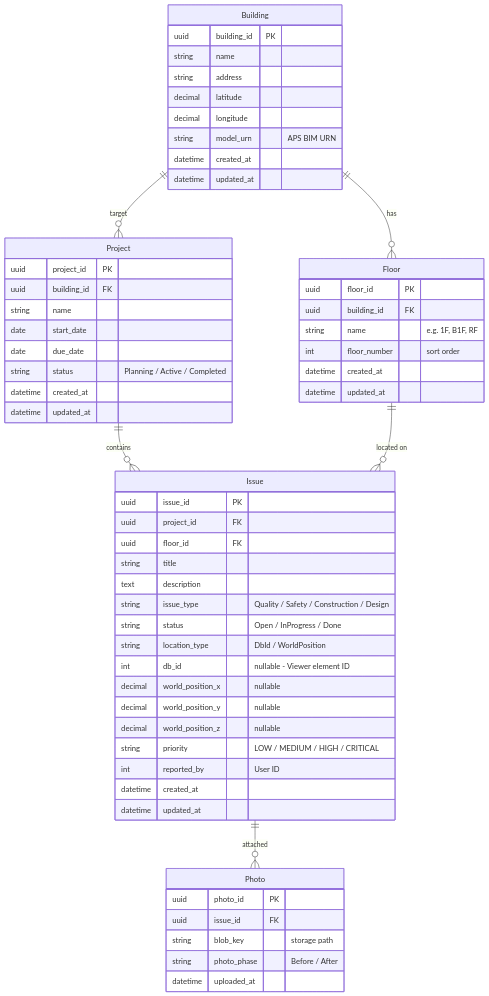
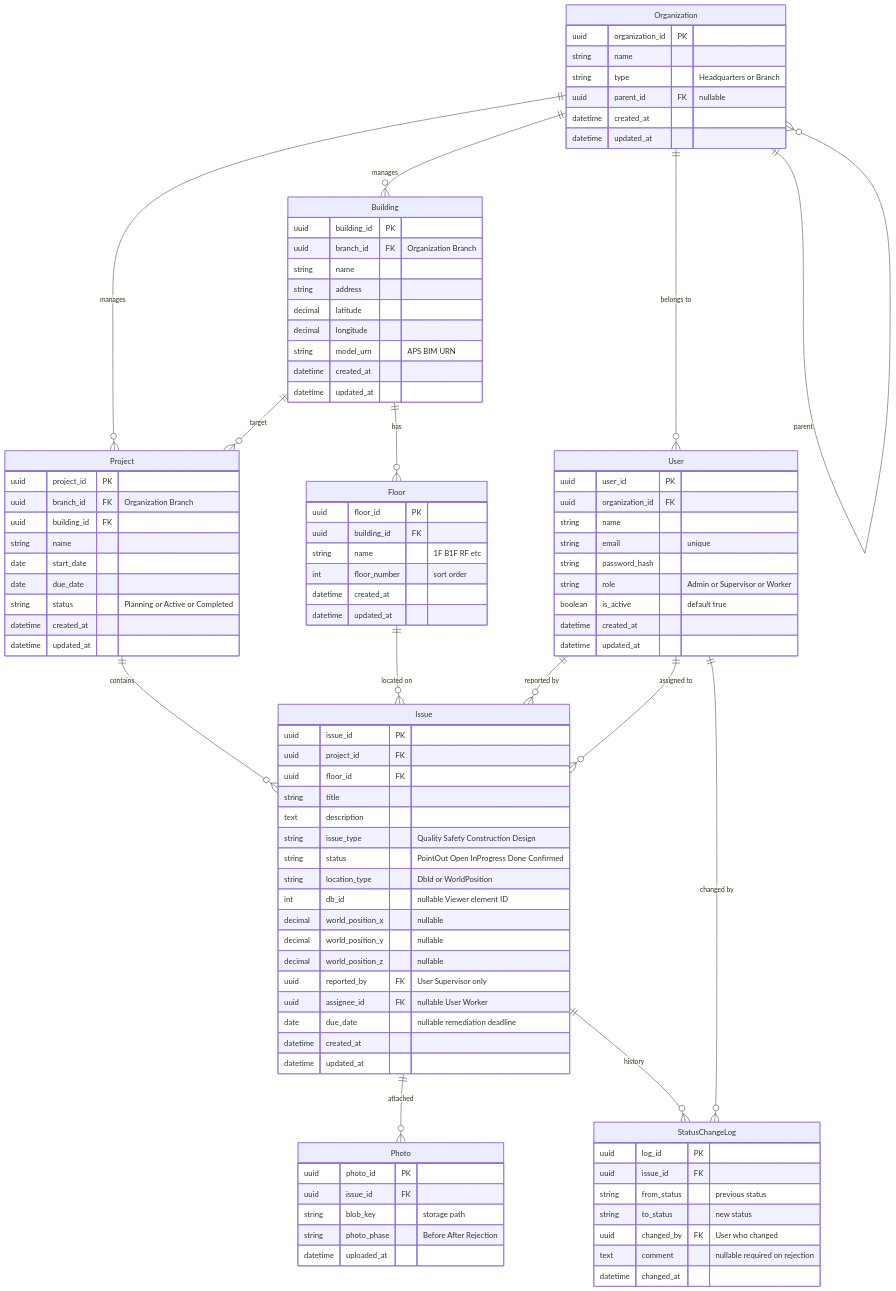
One commit to Hiroshi-Kazui/Arent_Assingment changed the diagram in doc/er-diagram.mmd. Above: the diagram before and after it, drawn with Mermaid. The commit also changed 4 other files, not shown here.

First line of the commit message:
docs: update ER diagram, design plan, and add phase-planner agent skill

```diff
--- a/doc/er-diagram.mmd
+++ b/doc/er-diagram.mmd
@@ -1,64 +1,106 @@
 erDiagram
+    Organization ||--o{ Organization : "parent"
+    Organization ||--o{ User : "belongs to"
+    Organization ||--o{ Building : "manages"
+    Organization ||--o{ Project : "manages"
     Building ||--o{ Floor : "has"
     Building ||--o{ Project : "target"
     Project ||--o{ Issue : "contains"
     Floor ||--o{ Issue : "located on"
     Issue ||--o{ Photo : "attached"
+    Issue ||--o{ StatusChangeLog : "history"
+    User ||--o{ Issue : "reported by"
+    User ||--o{ Issue : "assigned to"
+    User ||--o{ StatusChangeLog : "changed by"
+
+    Organization {
+        uuid organization_id PK
+        string name
+        string type "Headquarters or Branch"
+        uuid parent_id FK "nullable"
+        datetime created_at
+        datetime updated_at
+    }
+
+    User {
+        uuid user_id PK
+        uuid organization_id FK
+        string name
+        string email "unique"
+        string password_hash
+        string role "Admin or Supervisor or Worker"
+        boolean is_active "default true"
+        datetime created_at
+        datetime updated_at
+    }
 
     Building {
         uuid building_id PK
+        uuid branch_id FK "Organization Branch"
         string name
         string address
         decimal latitude
         decimal longitude
         string model_urn "APS BIM URN"
         datetime created_at
         datetime updated_at
     }
 
     Floor {
         uuid floor_id PK
         uuid building_id FK
-        string name "e.g. 1F, B1F, RF"
+        string name "1F B1F RF etc"
         int floor_number "sort order"
         datetime created_at
         datetime updated_at
     }
 
     Project {
         uuid project_id PK
+        uuid branch_id FK "Organization Branch"
         uuid building_id FK
         string name
         date start_date
         date due_date
-        string status "Planning / Active / Completed"
+        string status "Planning or Active or Completed"
         datetime created_at
         datetime updated_at
     }
 
     Issue {
         uuid issue_id PK
         uuid project_id FK
         uuid floor_id FK
         string title
         text description
-        string issue_type "Quality / Safety / Construction / Design"
-        string status "Open / InProgress / Done"
-        string location_type "DbId / WorldPosition"
-        int db_id "nullable - Viewer element ID"
+        string issue_type "Quality Safety Construction Design"
+        string status "PointOut Open InProgress Done Confirmed"
+        string location_type "DbId or WorldPosition"
+        int db_id "nullable Viewer element ID"
         decimal world_position_x "nullable"
         decimal world_position_y "nullable"
         decimal world_position_z "nullable"
-        string priority "LOW / MEDIUM / HIGH / CRITICAL"
-        int reported_by "User ID"
+        uuid reported_by FK "User Supervisor only"
+        uuid assignee_id FK "nullable User Worker"
+        date due_date "nullable remediation deadline"
         datetime created_at
         datetime updated_at
     }
 
     Photo {
         uuid photo_id PK
         uuid issue_id FK
         string blob_key "storage path"
-        string photo_phase "Before / After"
+        string photo_phase "Before After Rejection"
         datetime uploaded_at
     }
+
+    StatusChangeLog {
+        uuid log_id PK
+        uuid issue_id FK
+        string from_status "previous status"
+        string to_status "new status"
+        uuid changed_by FK "User who changed"
+        text comment "nullable required on rejection"
+        datetime changed_at
+    }
```
